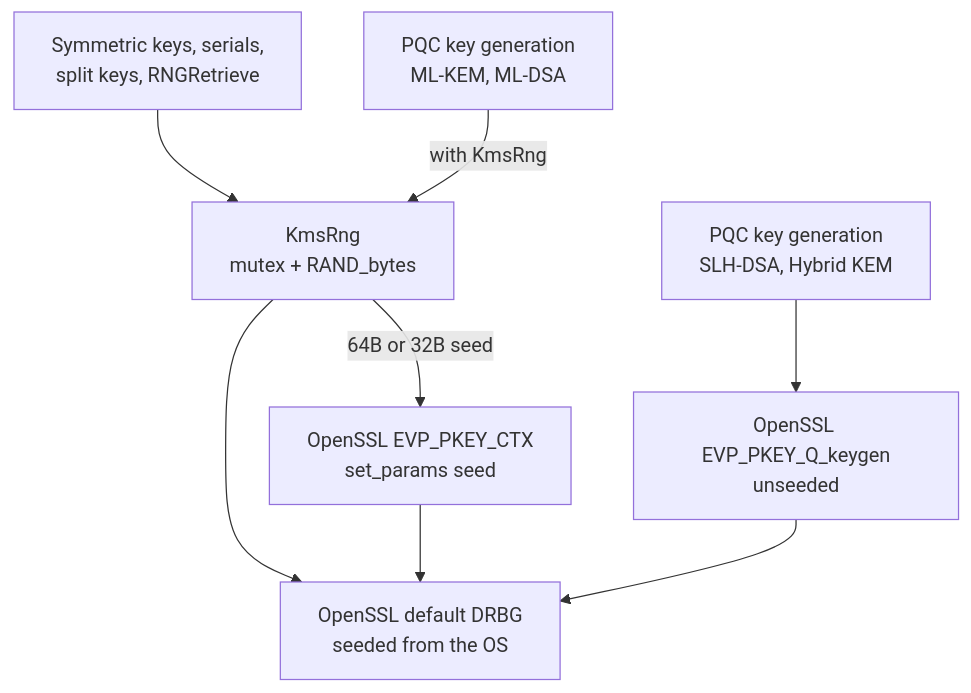
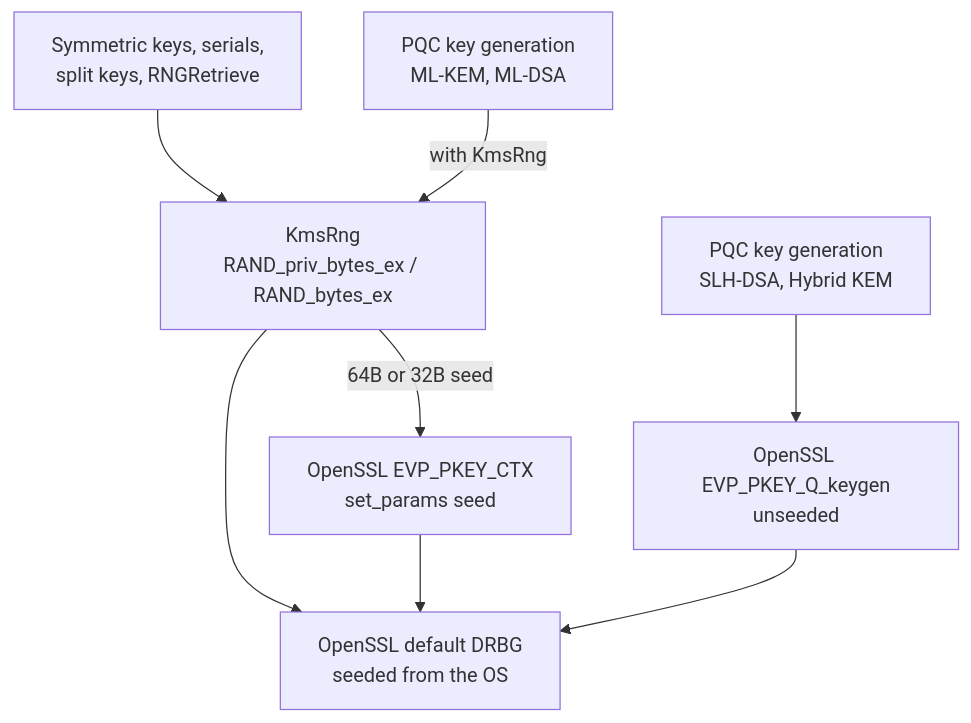
Before and after one commit to Cosmian/kms: the diagram in documentation/docs/certifications_and_compliance/cryptographic_algorithms/pqc_entropy_compliance.md, drawn with Mermaid. The commit also changed other lines of this file and 5 other files, not shown here.

Commit message:
fix: KmsRng review

````diff
--- a/documentation/docs/certifications_and_compliance/cryptographic_algorithms/pqc_entropy_compliance.md
+++ b/documentation/docs/certifications_and_compliance/cryptographic_algorithms/pqc_entropy_compliance.md
@@ -104,18 +137,18 @@
 ```mermaid
 flowchart TD
     A["Symmetric keys, serials,<br/>split keys, RNGRetrieve"]
-    B["KmsRng<br/>mutex + RAND_bytes"]
+    B["KmsRng<br/>RAND_priv_bytes_ex / RAND_bytes_ex"]
     C["PQC key generation<br/>ML-KEM, ML-DSA"]
     D["PQC key generation<br/>SLH-DSA, Hybrid KEM"]
     E["OpenSSL EVP_PKEY_CTX<br/>set_params seed"]
     F["OpenSSL EVP_PKEY_Q_keygen<br/>unseeded"]
     G["OpenSSL default DRBG<br/>seeded from the OS"]
 
     A --> B
     B --> G
     C -- "with KmsRng" --> B
     B -- "64B or 32B seed" --> E
     E --> G
     D --> F
     F --> G
 ```
````
